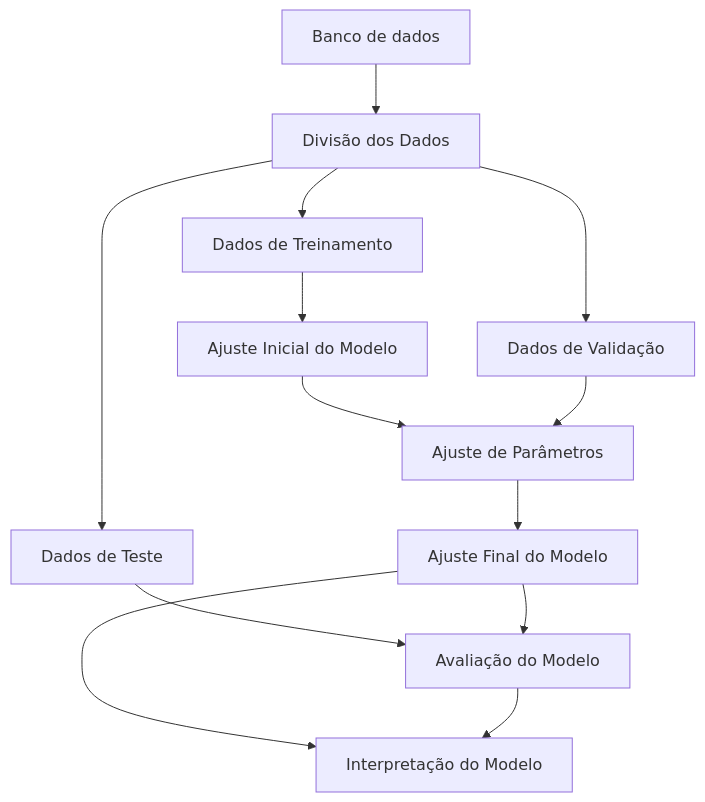
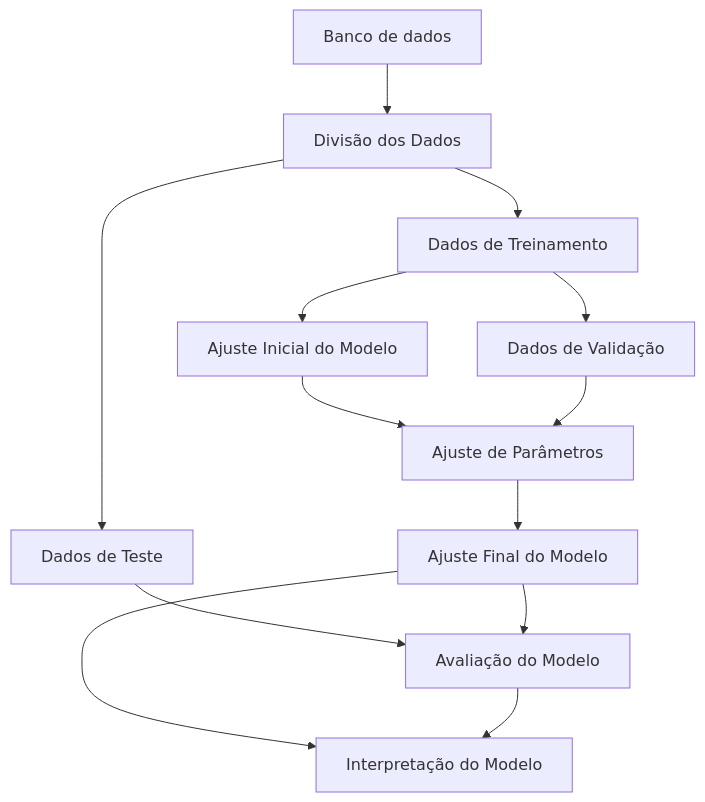
Before and after one commit to hugotseixas/tica-book: the fourth of 4 diagrams in 02_methods.qmd, drawn with Mermaid. The commit also changed other lines of this file and 202 other files, not shown here.

````diff
--- a/02_methods.qmd
+++ b/02_methods.qmd
@@ -309,21 +312,21 @@
 ```{mermaid}
 %%| label: fig-model-diagram
 %%| fig-cap: Diagram of the modelling process.
 %%| fig-responsive: true
 %%| fig-align: center
 
 flowchart TD
     A[Banco de dados] --> C[Divisão dos Dados]
     C --> D[Dados de Treinamento]
     D --> F[Ajuste Inicial do Modelo]
-    C --> G[Dados de Validação]
+    D --> G[Dados de Validação]
     C --> H[Dados de Teste]
     F --> I[Ajuste de Parâmetros]
     G --> I
     I --> J[Ajuste Final do Modelo]
     H --> K[Avaliação do Modelo]
     J --> K
     J --> L[Interpretação do Modelo]
     K --> L
 
 ```
````
